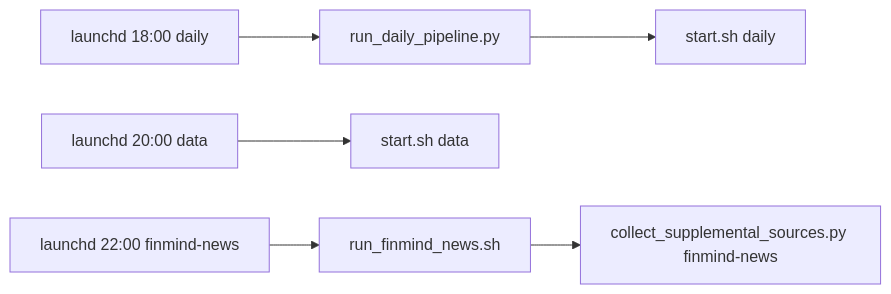
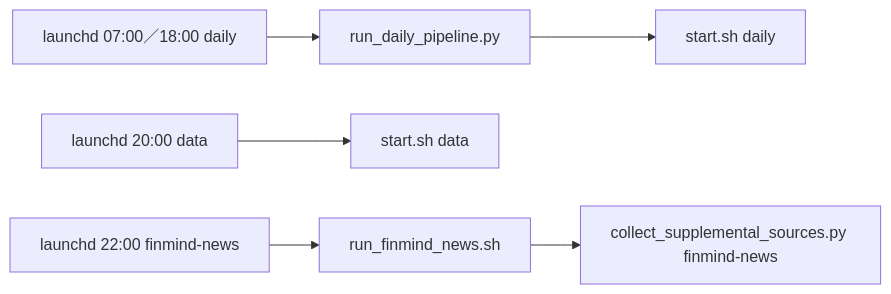
The second of 2 diagrams in scripts/README.md (zxcvb8885123/ETF-AGENTS), drawn with Mermaid before and after one commit. The commit also changed other lines of this file and 8 other files, not shown here.

````diff
--- a/scripts/README.md
+++ b/scripts/README.md
@@ -72,8 +72,8 @@
 ```mermaid
 flowchart LR
-    L1[launchd 18:00 daily] --> RDP[run_daily_pipeline.py]
+    L1[launchd 07:00／18:00 daily] --> RDP[run_daily_pipeline.py]
     L2[launchd 20:00 data] --> SA[start.sh data]
     L3[launchd 22:00 finmind-news] --> RFN[run_finmind_news.sh]
     RDP --> SD[start.sh daily]
     RFN --> CSS[collect_supplemental_sources.py finmind-news]
 ```
````
